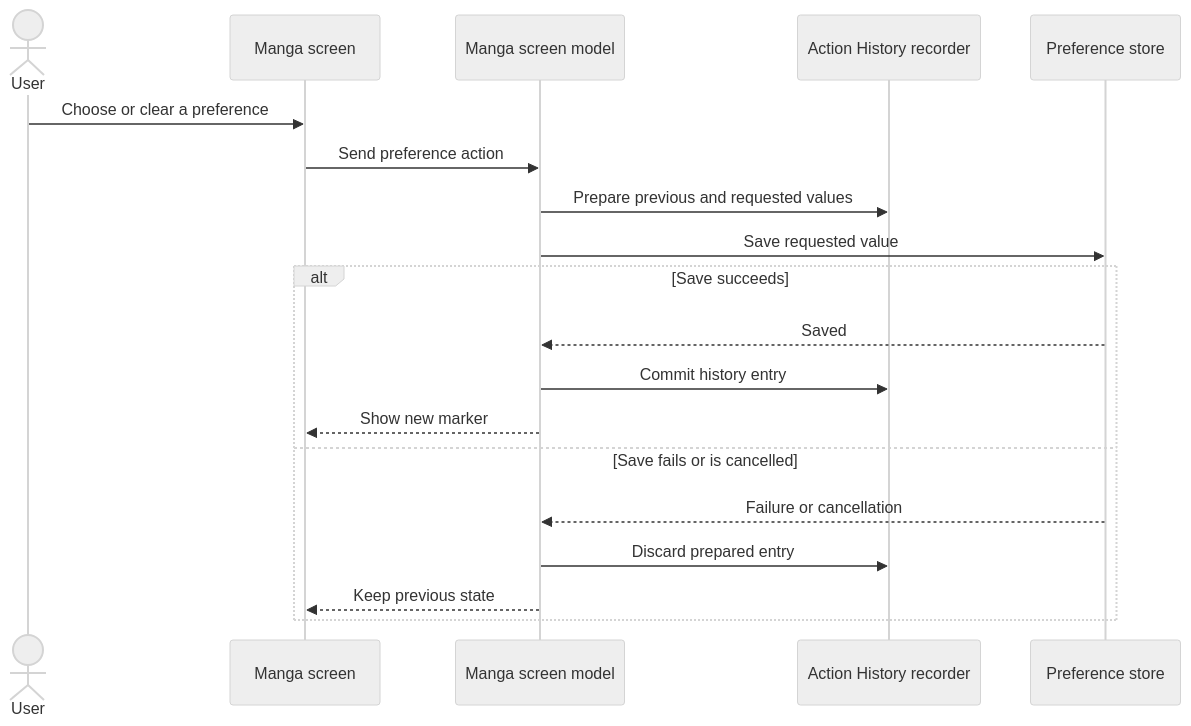
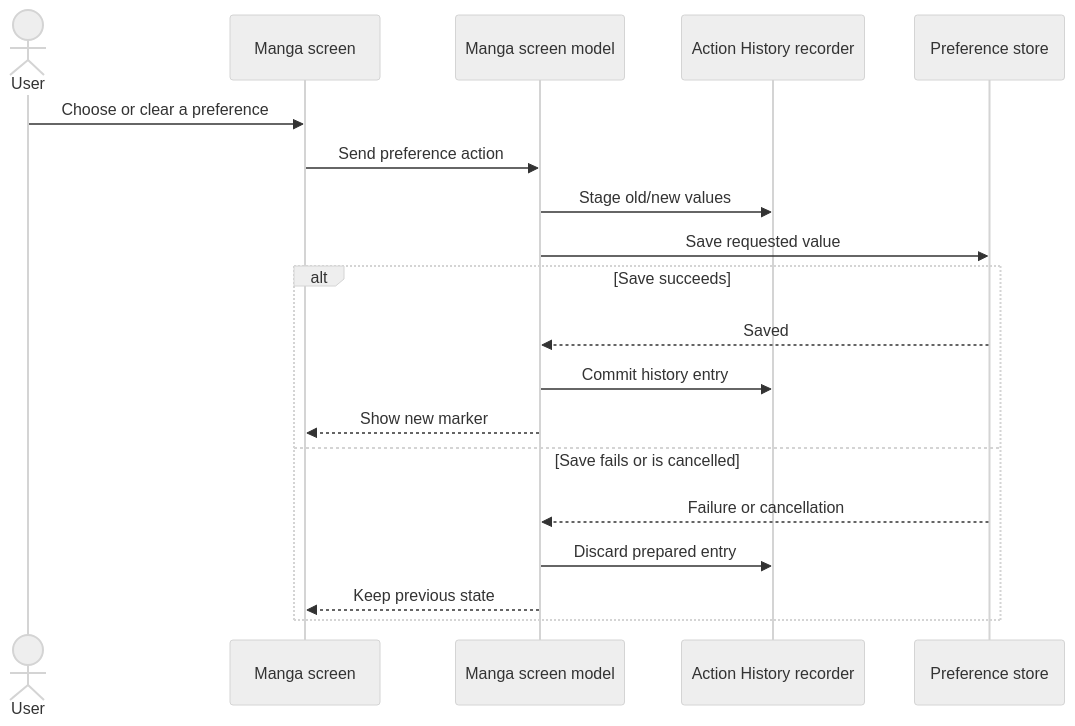
The second of 5 diagrams in docs/kmk/feature-guides/rating-manga-and-managing-linked-versions.md (FancyCorey/komikku-KMK), drawn with Mermaid (neutral theme) before and after one commit. The commit also changed 9 other files, not shown here.

Commit message:
Improve Mermaid diagram readability

````diff
--- a/docs/kmk/feature-guides/rating-manga-and-managing-linked-versions.md
+++ b/docs/kmk/feature-guides/rating-manga-and-managing-linked-versions.md
@@ -47,22 +47,22 @@
 ```mermaid
 sequenceDiagram
     actor User
     participant Screen as Manga screen
     participant Model as Manga screen model
     participant History as Action History recorder
     participant Store as Preference store
 
     User->>Screen: Choose or clear a preference
     Screen->>Model: Send preference action
-    Model->>History: Prepare previous and requested values
+    Model->>History: Stage old/new values
     Model->>Store: Save requested value
     alt Save succeeds
         Store-->>Model: Saved
         Model->>History: Commit history entry
         Model-->>Screen: Show new marker
     else Save fails or is cancelled
         Store-->>Model: Failure or cancellation
         Model->>History: Discard prepared entry
         Model-->>Screen: Keep previous state
     end
 ```
````
